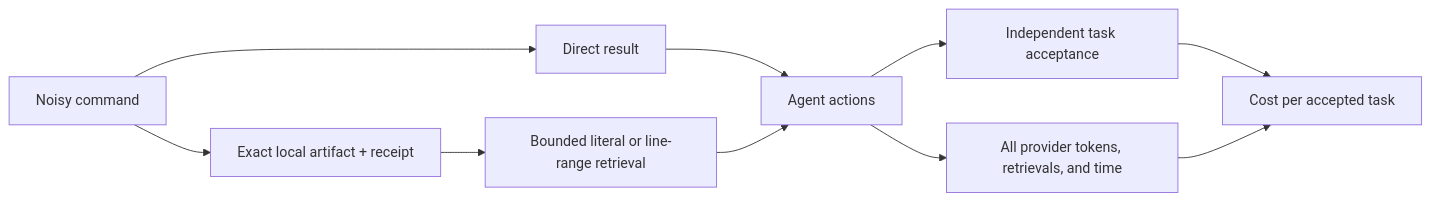
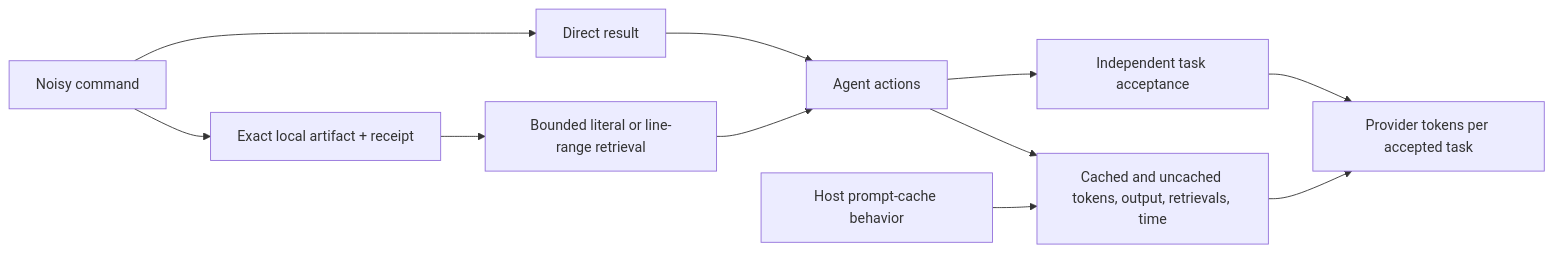
One commit to DmitrL-dev/SoLCodex changed the diagram in docs/research/2026-09-24-cost-frontier.md. Above: the diagram before and after it, drawn with Mermaid. The commit also changed other lines of this file and 5 other files, not shown here.

````diff
--- a/docs/research/2026-09-24-cost-frontier.md
+++ b/docs/research/2026-09-24-cost-frontier.md
@@ -18,12 +22,13 @@
 ```mermaid
 flowchart LR
   A[Noisy command] --> B[Direct result]
   A --> C[Exact local artifact + receipt]
   C --> D[Bounded literal or line-range retrieval]
   B --> E[Agent actions]
   D --> E
   E --> F[Independent task acceptance]
-  E --> G[All provider tokens, retrievals, and time]
-  F --> H[Cost per accepted task]
+  E --> G[Cached and uncached tokens, output, retrievals, time]
+  J[Host prompt-cache behavior] --> G
+  F --> H[Provider tokens per accepted task]
   G --> H
 ```
````
